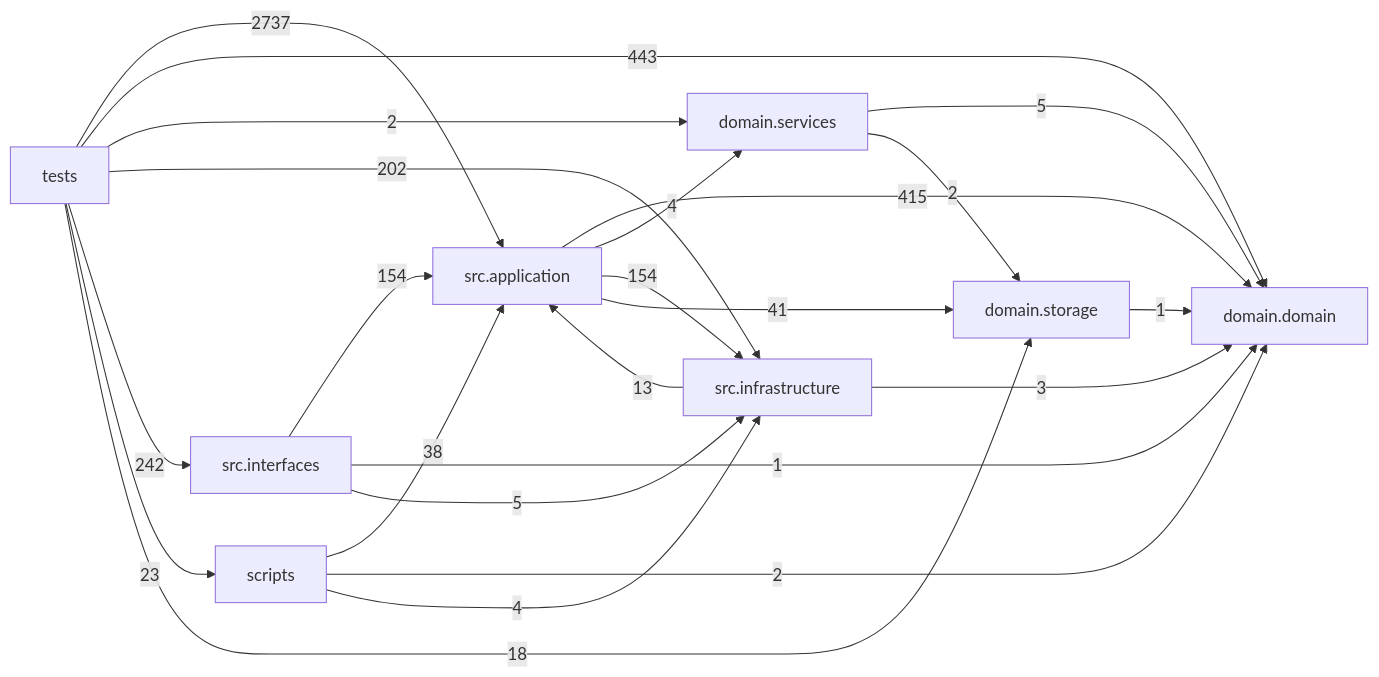
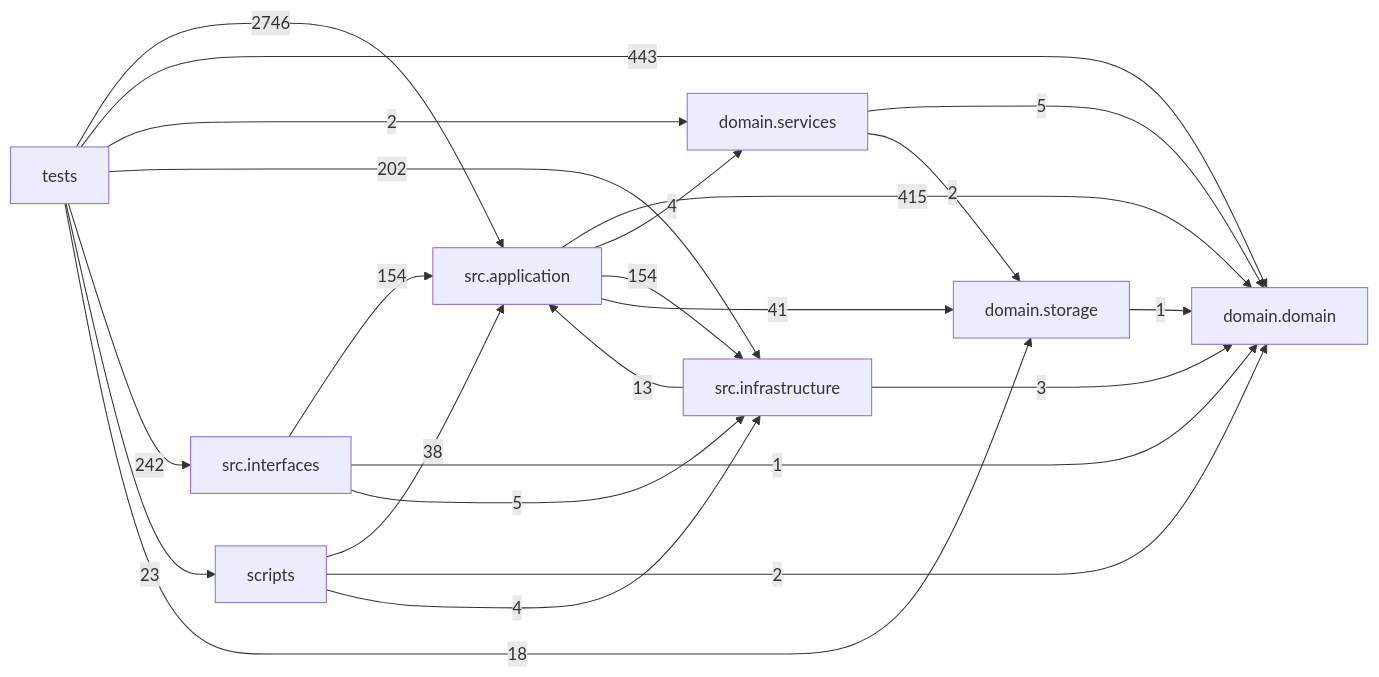
One commit to liuxie066/options-monitor changed the diagram in docs/DEPENDENCY_GRAPH.md. Above: the diagram before and after it, drawn with Mermaid. The commit also changed other lines of this file and 13 other files, not shown here.

````diff
--- a/docs/DEPENDENCY_GRAPH.md
+++ b/docs/DEPENDENCY_GRAPH.md
@@ -24,33 +24,33 @@
 ```mermaid
 flowchart LR
   tests["tests"]
   scripts["scripts"]
   interfaces["src.interfaces"]
   application["src.application"]
   infrastructure["src.infrastructure"]
   domain_services["domain.services"]
   domain["domain.domain"]
   storage["domain.storage"]
   application -->|415| domain
   application -->|4| domain_services
   application -->|154| infrastructure
   application -->|41| storage
   domain_services -->|5| domain
   domain_services -->|2| storage
   infrastructure -->|13| application
   infrastructure -->|3| domain
   interfaces -->|154| application
   interfaces -->|1| domain
   interfaces -->|5| infrastructure
   scripts -->|38| application
   scripts -->|2| domain
   scripts -->|4| infrastructure
   storage -->|1| domain
-  tests -->|2737| application
+  tests -->|2746| application
   tests -->|443| domain
   tests -->|2| domain_services
   tests -->|202| infrastructure
   tests -->|242| interfaces
   tests -->|23| scripts
   tests -->|18| storage
 ```
````
